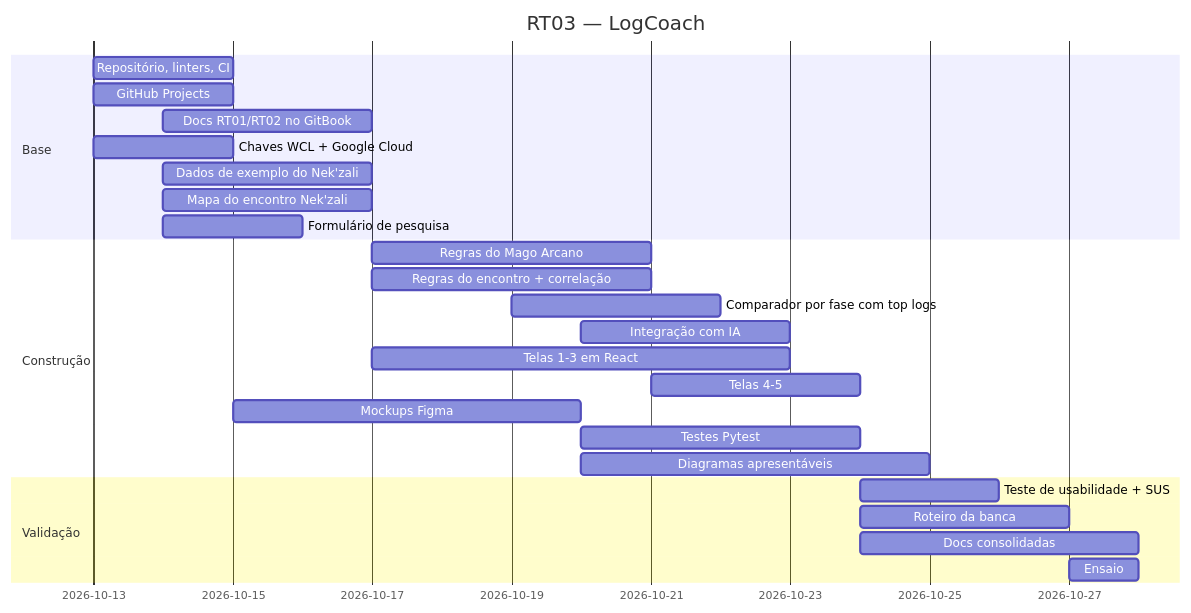
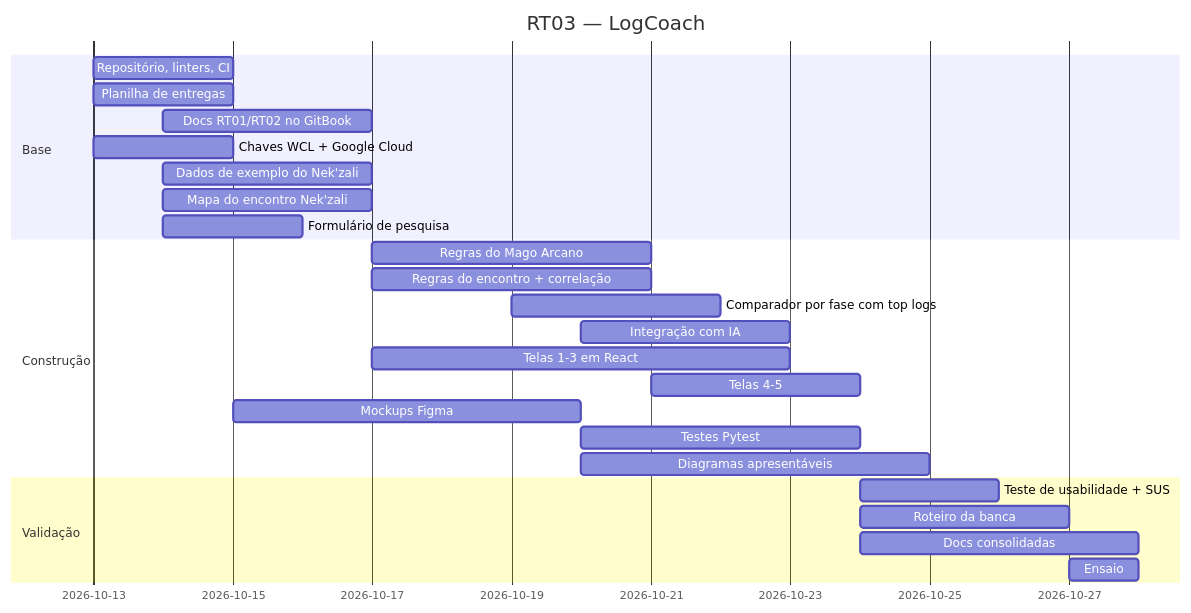
Before and after one commit to jp4inbr/LogCoach: the diagram in docs/06-planejamento-de-tarefas.md, drawn with Mermaid. The commit also changed other lines of this file, not shown here.

First line of the commit message:
docs(tarefas): planilha do Luiz como controle oficial, sem o GitHub Projects

````diff
--- a/docs/06-planejamento-de-tarefas.md
+++ b/docs/06-planejamento-de-tarefas.md
@@ -39,28 +37,28 @@
 ```mermaid
 gantt
     dateFormat  YYYY-MM-DD
     title RT03 — LogCoach
     section Base
     Repositório, linters, CI          :2026-10-13, 2d
-    GitHub Projects                   :2026-10-13, 2d
+    Planilha de entregas              :2026-10-13, 2d
     Docs RT01/RT02 no GitBook         :2026-10-14, 3d
     Chaves WCL + Google Cloud         :2026-10-13, 2d
     Dados de exemplo do Nek'zali      :2026-10-14, 3d
     Mapa do encontro Nek'zali         :2026-10-14, 3d
     Formulário de pesquisa            :2026-10-14, 2d
     section Construção
     Regras do Mago Arcano             :2026-10-17, 4d
     Regras do encontro + correlação   :2026-10-17, 4d
     Comparador por fase com top logs  :2026-10-19, 3d
     Integração com IA                 :2026-10-20, 3d
     Telas 1-3 em React                :2026-10-17, 6d
     Telas 4-5                         :2026-10-21, 3d
     Mockups Figma                     :2026-10-15, 5d
     Testes Pytest                     :2026-10-20, 4d
     Diagramas apresentáveis           :2026-10-20, 5d
     section Validação
     Teste de usabilidade + SUS        :2026-10-24, 2d
     Roteiro da banca                  :2026-10-24, 3d
     Docs consolidadas                 :2026-10-24, 4d
     Ensaio                            :2026-10-27, 1d
 ```
````
